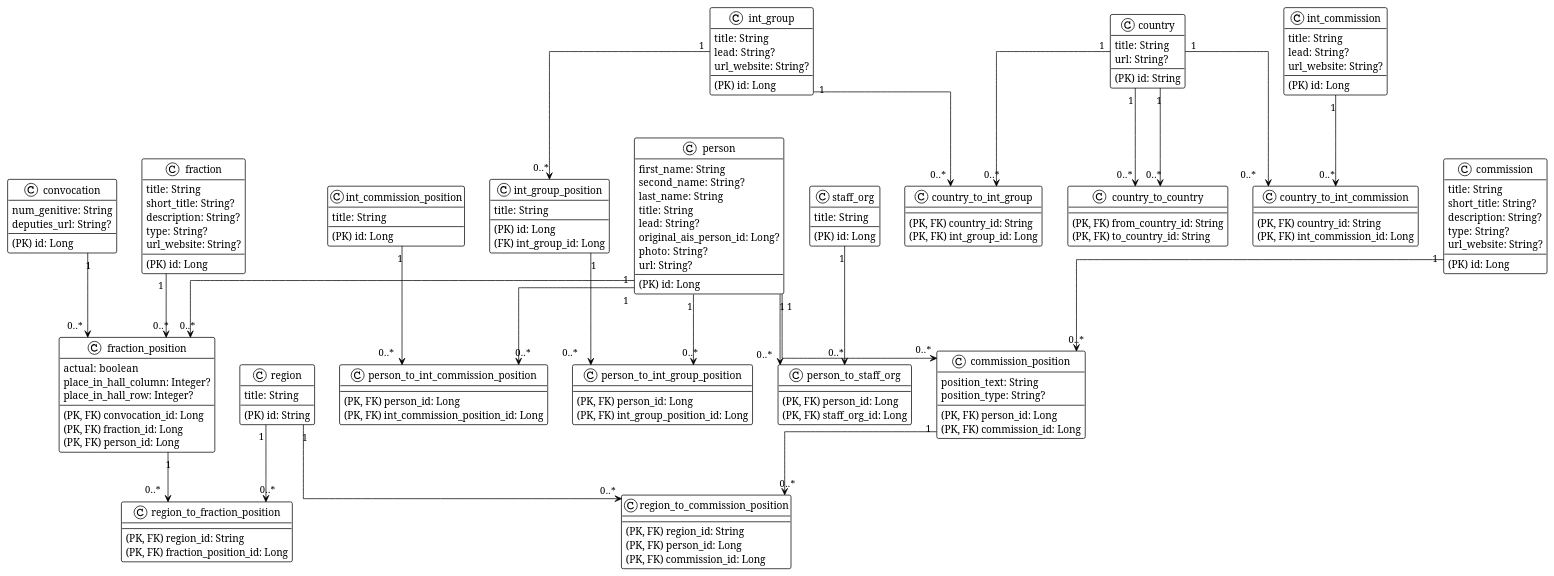
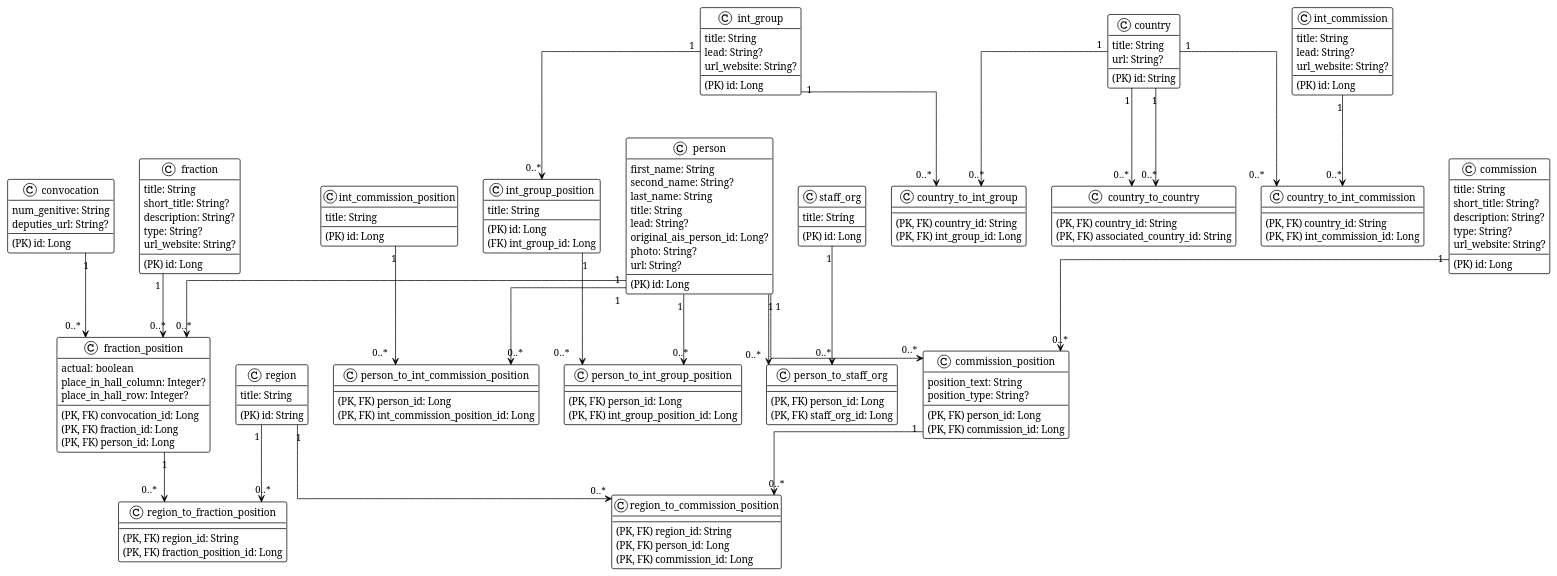
One commit to artemkaxboy/playground changed the diagram in gov/db-schema/src/main/kotlin/com/artemkaxboy/playground/gov/dumagovru/entity/database.puml. Above: the diagram before and after it, drawn with PlantUML. The commit also changed 10 other files, not shown here.

```diff
--- a/gov/db-schema/src/main/kotlin/com/artemkaxboy/playground/gov/dumagovru/entity/database.puml
+++ b/gov/db-schema/src/main/kotlin/com/artemkaxboy/playground/gov/dumagovru/entity/database.puml
@@ -1,195 +1,195 @@
 @startuml
 !theme plain
 top to bottom direction
 skinparam linetype ortho
 
 class person {
-   (PK) id:  Long
-   first_name:  String
-   second_name:  String?
-   last_name:  String
-   title:  String
-   lead:  String?
-   original_ais_person_id:  Long?
-   photo:  String?
-   url:  String?
+   (PK) id: Long
+   first_name: String
+   second_name: String?
+   last_name: String
+   title: String
+   lead: String?
+   original_ais_person_id: Long?
+   photo: String?
+   url: String?
 }
 
 class commission {
-   (PK) id:  Long
-   title:  String
-   short_title:  String?
-   description:  String?
-   type:  String?
-   url_website:  String?
+   (PK) id: Long
+   title: String
+   short_title: String?
+   description: String?
+   type: String?
+   url_website: String?
 }
 
 class commission_position {
-   (PK, FK) person_id:  Long
-   (PK, FK) commission_id:  Long
-   position_text:  String
-   position_type:  String?
+   (PK, FK) person_id: Long
+   (PK, FK) commission_id: Long
+   position_text: String
+   position_type: String?
 }
 
 'main .(delete cascade). secondary
 'deletePerson_deletesAssociatedCommissionPosition
 person                "1" -[#000000,plain]-> "0..*"  commission_position
 'deleteCommission_deletesAssociatedCommissionPosition
 commission            "1" -[#000000,plain]-> "0..*"  commission_position
 
 class region {
-   (PK) id:  String
-   title:  String
+   (PK) id: String
+   title: String
 }
 
 class region_to_commission_position {
-   (PK, FK) region_id:  String
-   (PK, FK) person_id:  Long
-   (PK, FK) commission_id:  Long
+   (PK, FK) region_id: String
+   (PK, FK) person_id: Long
+   (PK, FK) commission_id: Long
 }
 
 'deleteRegion_deletesAssociatedRegionToCommissionPosition
 region               "1" -[#000000,plain]-> "0..*"  region_to_commission_position
 'deleteCommissionPosition_deletesAssociatedRegionToCommissionPosition
 commission_position  "1" -[#000000,plain]-> "0..*"  region_to_commission_position
 
 class convocation {
-   (PK) id:  Long
-   num_genitive:  String
-   deputies_url:  String?
+   (PK) id: Long
+   num_genitive: String
+   deputies_url: String?
 }
 
 class fraction {
-   (PK) id:  Long
-   title:  String
-   short_title:  String?
-   description:  String?
-   type:  String?
-   url_website:  String?
+   (PK) id: Long
+   title: String
+   short_title: String?
+   description: String?
+   type: String?
+   url_website: String?
 }
 
 class fraction_position {
-   (PK, FK) convocation_id:  Long
-   (PK, FK) fraction_id:  Long
-   (PK, FK) person_id:  Long
-   actual:  boolean
-   place_in_hall_column:  Integer?
-   place_in_hall_row:  Integer?
+   (PK, FK) convocation_id: Long
+   (PK, FK) fraction_id: Long
+   (PK, FK) person_id: Long
+   actual: boolean
+   place_in_hall_column: Integer?
+   place_in_hall_row: Integer?
 }
 
 'deleteConvocation_deletesAssociatedFractionPosition
 convocation           "1" -[#000000,plain]-> "0..*"  fraction_position
 'deleteFraction_deletesAssociatedFractionPosition
 fraction              "1" -[#000000,plain]-> "0..*"  fraction_position
 'deletePerson_deletesAssociatedFractionPosition
 person                "1" -[#000000,plain]-> "0..*"  fraction_position
 
 class region_to_fraction_position {
-    (PK, FK) region_id:  String
-    (PK, FK) fraction_position_id:  Long
+    (PK, FK) region_id: String
+    (PK, FK) fraction_position_id: Long
 }
 
 'deleteRegion_deletesAssociatedRegionToFractionPosition
 region               "1" -[#000000,plain]-> "0..*"  region_to_fraction_position
 'deleteFractionPosition_deletesAssociatedRegionToFractionPosition
 fraction_position    "1" -[#000000,plain]-> "0..*"  region_to_fraction_position
 
 class country {
-   (PK) id:  String
-   title:  String
-   url:  String?
+   (PK) id: String
+   title: String
+   url: String?
 }
 
 class country_to_country {
-   (PK, FK) from_country_id:  String
-   (PK, FK) to_country_id:  String
+   (PK, FK) country_id: String
+   (PK, FK) associated_country_id: String
 }
 
 'deleteCountry_deletesAssociatedCountryToCountryFrom
 country               "1" -[#000000,plain]-> "0..*"  country_to_country
 'deleteCountry_deletesAssociatedCountryToCountryTo
 country               "1" -[#000000,plain]-> "0..*"  country_to_country
 
 class int_commission {
-   (PK) id:  Long
-   title:  String
-   lead:  String?
-   url_website:  String?
+   (PK) id: Long
+   title: String
+   lead: String?
+   url_website: String?
 }
 
 class country_to_int_commission {
-   (PK, FK) country_id:  String
-   (PK, FK) int_commission_id:  Long
+   (PK, FK) country_id: String
+   (PK, FK) int_commission_id: Long
 }
 
 'deleteCountry_deletesAssociatedCountryToIntCommission
 country               "1" -[#000000,plain]-> "0..*"  country_to_int_commission
 'deleteIntCommission_deletesAssociatedCountryToIntCommission
 int_commission        "1" -[#000000,plain]-> "0..*"  country_to_int_commission
 
 class int_commission_position {
-   (PK) id:  Long
-   title:  String
+   (PK) id: Long
+   title: String
 }
 class person_to_int_commission_position {
-   (PK, FK) person_id:  Long
-   (PK, FK) int_commission_position_id:  Long
+   (PK, FK) person_id: Long
+   (PK, FK) int_commission_position_id: Long
 }
 
 'deletePerson_deletesAssociatedPersonToIntCommissionPosition
 person                  "1" -[#000000,plain]-> "0..*"  person_to_int_commission_position
 'deleteIntCommissionPosition_deletesAssociatedPersonToIntCommissionPosition
 int_commission_position "1" -[#000000,plain]-> "0..*"  person_to_int_commission_position
 
 class int_group {
-   (PK) id:  Long
-   title:  String
-   lead:  String?
-   url_website:  String?
+   (PK) id: Long
+   title: String
+   lead: String?
+   url_website: String?
 }
 
 class country_to_int_group {
-   (PK, FK) country_id:  String
-   (PK, FK) int_group_id:  Long
+   (PK, FK) country_id: String
+   (PK, FK) int_group_id: Long
 }
 
 'deleteCountry_deletesAssociatedCountryToIntGroup
 country               "1" -[#000000,plain]-> "0..*"  country_to_int_group
 'deleteIntGroup_deletesAssociatedCountryToIntGroup
 int_group             "1" -[#000000,plain]-> "0..*"  country_to_int_group
 
 class int_group_position {
-   (PK) id:  Long
-   (FK) int_group_id:  Long
-   title:  String
+   (PK) id: Long
+   (FK) int_group_id: Long
+   title: String
 }
 
 'deleteIntGroup_deletesAssociatedIntGroupPosition
 int_group             "1" -[#000000,plain]-> "0..*"  int_group_position
 
 class person_to_int_group_position {
-   (PK, FK) person_id:  Long
-   (PK, FK) int_group_position_id:  Long
+   (PK, FK) person_id: Long
+   (PK, FK) int_group_position_id: Long
 }
 
 'deletePerson_deletesAssociatedPersonToIntGroupPosition
 person                "1" -[#000000,plain]-> "0..*"  person_to_int_group_position
 'deleteIntGroupPosition_deletesAssociatedPersonToIntGroupPosition
 int_group_position    "1" -[#000000,plain]-> "0..*"  person_to_int_group_position
 
 class staff_org {
-   (PK) id:  Long
-   title:  String
+   (PK) id: Long
+   title: String
 }
 
 class person_to_staff_org {
-   (PK, FK) person_id:  Long
-   (PK, FK) staff_org_id:  Long
+   (PK, FK) person_id: Long
+   (PK, FK) staff_org_id: Long
 }
 
 'deletePerson_deletesAssociatedPersonToStaffOrg
 person                "1" -[#000000,plain]-> "0..*"  person_to_staff_org
 'deleteStaffOrg_deletesAssociatedPersonToStaffOrg
 staff_org             "1" -[#000000,plain]-> "0..*"  person_to_staff_org
 
 @enduml
```
